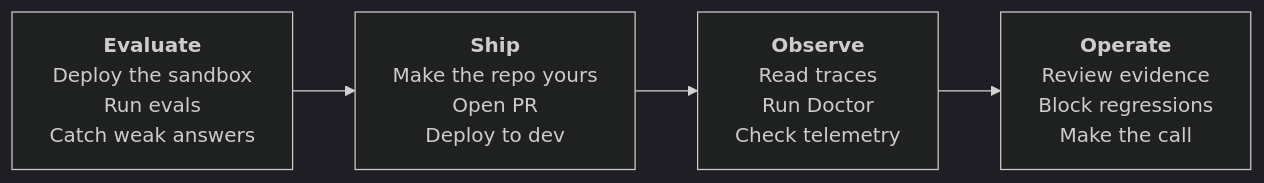
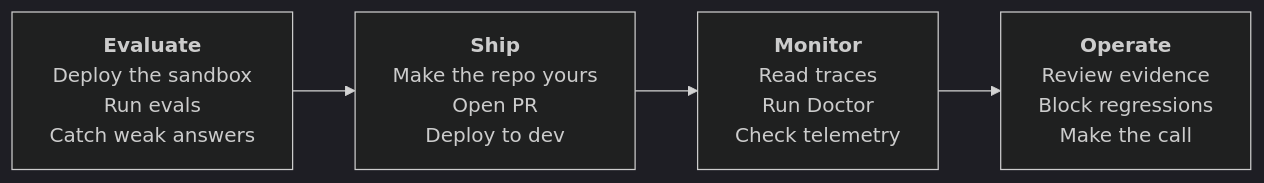
One commit to Azure/agentops changed the diagram in docs/tutorial-http-agent.md. Above: the diagram before and after it, drawn with Mermaid (dark theme). The commit also changed other lines of this file and 141 other files, not shown here.

````diff
--- a/docs/tutorial-http-agent.md
+++ b/docs/tutorial-http-agent.md
@@ -13,9 +13,9 @@
 ```mermaid
 flowchart LR
     E["<b>Evaluate</b><br/>Deploy the sandbox<br/>Run evals<br/>Catch weak answers"]
     S["<b>Ship</b><br/>Make the repo yours<br/>Open PR<br/>Deploy to dev"]
-    O["<b>Observe</b><br/>Read traces<br/>Run Doctor<br/>Check telemetry"]
+    O["<b>Monitor</b><br/>Read traces<br/>Run Doctor<br/>Check telemetry"]
     W["<b>Operate</b><br/>Review evidence<br/>Block regressions<br/>Make the call"]
 
     E --> S --> O --> W
 ```
````
